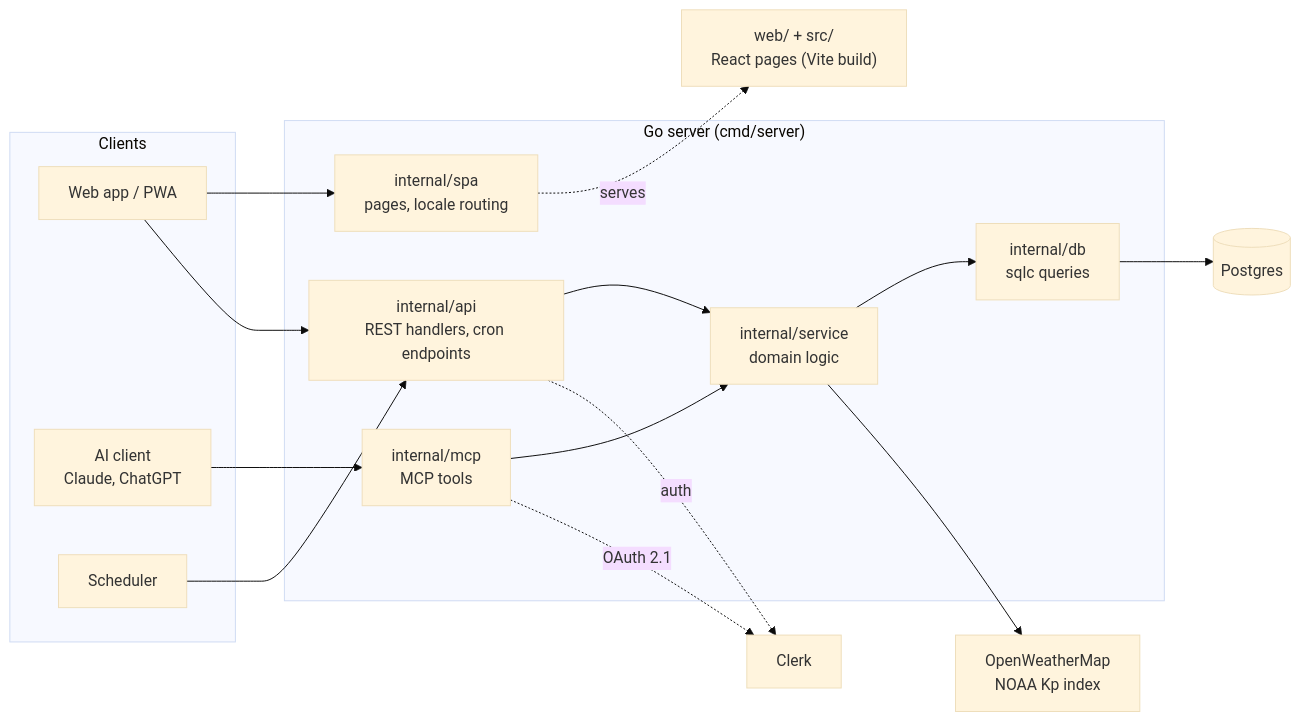
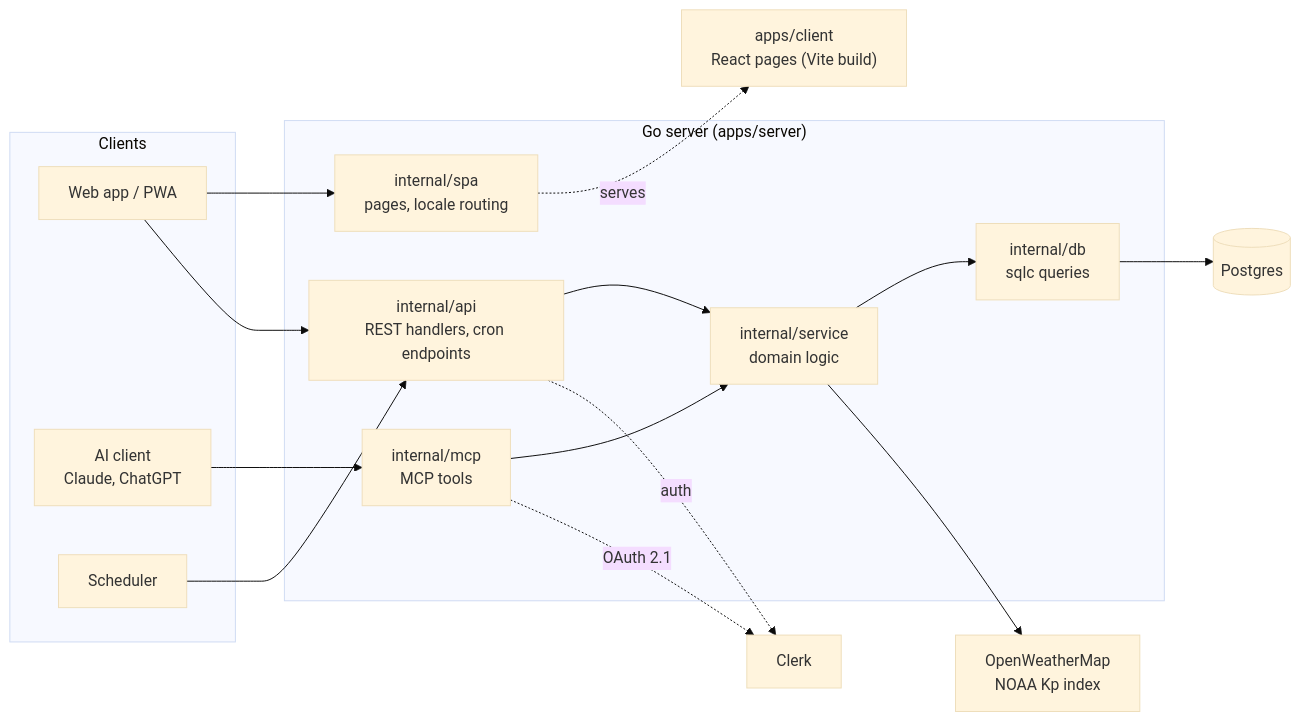
The diagram in README.md (denysovkos/migraine.club), drawn with Mermaid (base theme) before and after one commit. The commit also changed other lines of this file and 996 other files, not shown here.

````diff
--- a/README.md
+++ b/README.md
@@ -81,31 +81,31 @@
 ```mermaid
 flowchart LR
     subgraph Clients
         PWA[Web app / PWA]
         AI[AI client<br/>Claude, ChatGPT]
         Cron[Scheduler]
     end
 
-    subgraph Go["Go server (cmd/server)"]
+    subgraph Go["Go server (apps/server)"]
         SPA["internal/spa<br/>pages, locale routing"]
         API["internal/api<br/>REST handlers, cron endpoints"]
         MCP["internal/mcp<br/>MCP tools"]
         SVC["internal/service<br/>domain logic"]
         DBQ["internal/db<br/>sqlc queries"]
     end
 
-    WEB["web/ + src/<br/>React pages (Vite build)"]
+    WEB["apps/client<br/>React pages (Vite build)"]
 
     PWA --> SPA
     SPA -.->|serves| WEB
     PWA --> API
     AI --> MCP
     Cron --> API
     API --> SVC
     MCP --> SVC
     SVC --> DBQ
     DBQ --> DB[(Postgres)]
     SVC --> EXT[OpenWeatherMap<br/>NOAA Kp index]
     API -.->|auth| Clerk[Clerk]
     MCP -.->|"OAuth 2.1"| Clerk
 ```
````
